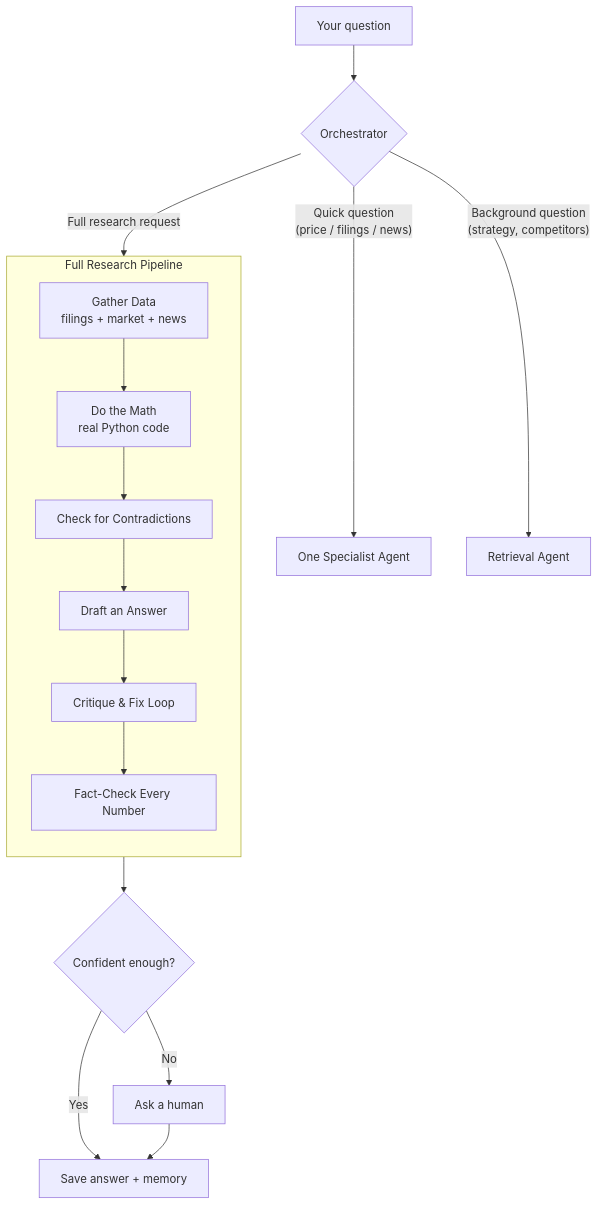
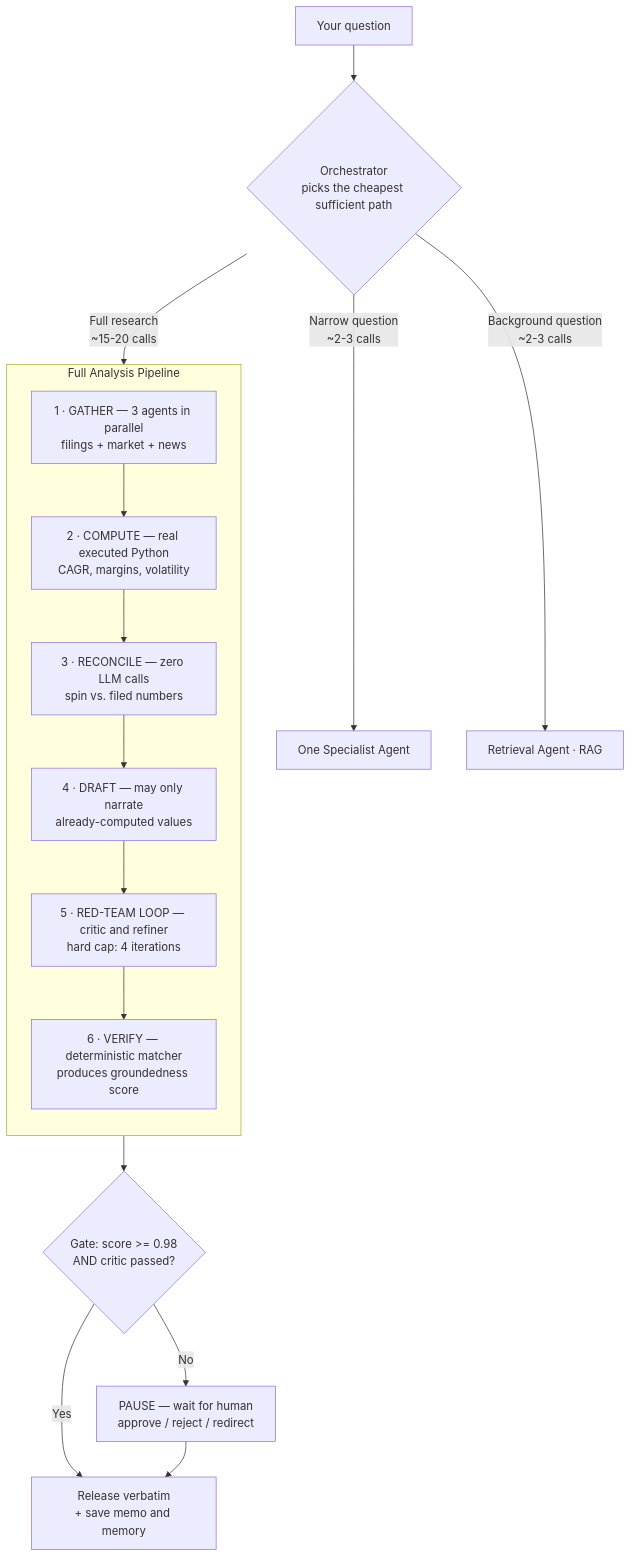
Before and after one commit to RishabhCodezZz/ARGUS: the diagram in README.md, drawn with Mermaid. The commit also changed other lines of this file and 2 other files, not shown here.

First line of the commit message:
Add capstone-quality README (demo GIF, ablation results, architecture) and gitignore raw recordings

````diff
--- a/README.md
+++ b/README.md
@@ -53,20 +143,21 @@
 ```mermaid
 flowchart TD
-    U[Your question] --> O{Orchestrator}
-    O -->|"Quick question<br/>(price / filings / news)"| S[One Specialist Agent]
-    O -->|"Background question<br/>(strategy, competitors)"| R[Retrieval Agent]
-    O -->|"Full research request"| G
+    U[Your question] --> O{Orchestrator<br/>picks the cheapest sufficient path}
+    O -->|"Narrow question<br/>~2-3 calls"| S[One Specialist Agent]
+    O -->|"Background question<br/>~2-3 calls"| R[Retrieval Agent · RAG]
+    O -->|"Full research<br/>~15-20 calls"| G
 
-    subgraph PIPE [Full Research Pipeline]
+    subgraph PIPE [Full Analysis Pipeline]
         direction TB
-        G[Gather Data<br/>filings + market + news] --> Q[Do the Math<br/>real Python code]
-        Q --> RC[Check for Contradictions]
-        RC --> SY[Draft an Answer]
-        SY --> CR[Critique & Fix Loop]
-        CR --> V[Fact-Check Every Number]
+        G["1 · GATHER — 3 agents in parallel<br/>filings + market + news"] --> Q["2 · COMPUTE — real executed Python<br/>CAGR, margins, volatility"]
+        Q --> RC["3 · RECONCILE — zero LLM calls<br/>spin vs. filed numbers"]
+        RC --> SY["4 · DRAFT — may only narrate<br/>already-computed values"]
+        SY --> CR["5 · RED-TEAM LOOP — critic and refiner<br/>hard cap: 4 iterations"]
+        CR --> V["6 · VERIFY — deterministic matcher<br/>produces groundedness score"]
     end
 
-    V --> H{Confident enough?}
-    H -->|Yes| M[Save answer + memory]
-    H -->|No| HU[Ask a human] --> M
+    V --> H{"Gate: score >= 0.98<br/>AND critic passed?"}
+    H -->|Yes| M[Release verbatim<br/>+ save memo and memory]
+    H -->|No| HU["PAUSE — wait for human<br/>approve / reject / redirect"]
+    HU --> M
 ```
````
